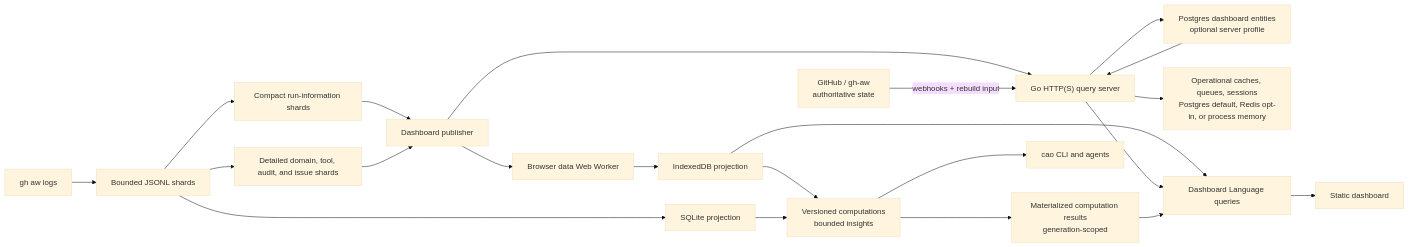
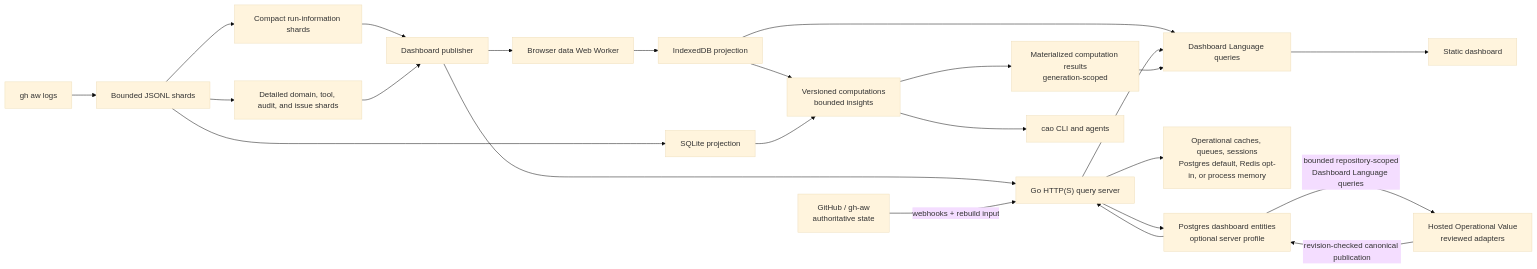
Before and after one commit to bradygaster/gh-aw-cao: the second of 2 diagrams in ARCHITECTURE.md, drawn with Mermaid (base theme). The commit also changed other lines of this file and 20 other files, not shown here.

Commit message:
Compute hosted Operational Value directly from PostgreSQL (#19807)

````diff
--- a/ARCHITECTURE.md
+++ b/ARCHITECTURE.md
@@ -134,37 +134,40 @@
 ```mermaid
 flowchart LR
     Logs["gh aw logs"]
     Shards["Bounded JSONL shards"]
     Runs["Compact run-information shards"]
     Records["Detailed domain, tool, audit, and issue shards"]
     SQLite["SQLite projection"]
     Publisher["Dashboard publisher"]
     Worker["Browser data Web Worker"]
     IndexedDB["IndexedDB projection"]
     Postgres["Postgres dashboard entities<br/>optional server profile"]
     Redis["Operational caches, queues, sessions<br/>Postgres default, Redis opt-in, or process memory"]
     Query["Dashboard Language queries"]
     GoServer["Go HTTP(S) query server"]
     GitHub["GitHub / gh-aw<br/>authoritative state"]
     Compute["Versioned computations<br/>bounded insights"]
+    HostedValue["Hosted Operational Value<br/>reviewed adapters"]
     Results["Materialized computation results<br/>generation-scoped"]
     UI["Static dashboard"]
     CLI["cao CLI and agents"]
 
     Logs --> Shards
     Shards --> SQLite
     Shards --> Runs
     Shards --> Records
     Runs --> Publisher
     Records --> Publisher --> Worker
     Worker --> IndexedDB
     IndexedDB --> Query
     Publisher --> GoServer --> Postgres
     GitHub -->|"webhooks + rebuild input"| GoServer
     GoServer --> Redis
     Postgres --> GoServer --> Query
     IndexedDB --> Compute --> Results --> Query
     SQLite --> Compute
+    Postgres -->|"bounded repository-scoped<br/>Dashboard Language queries"| HostedValue
+    HostedValue -->|"revision-checked canonical publication"| Postgres
     Query --> UI
     Compute --> CLI
 ```
````
